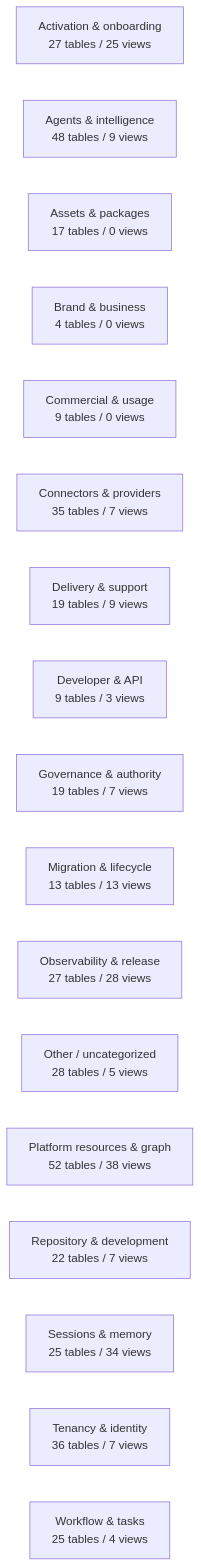
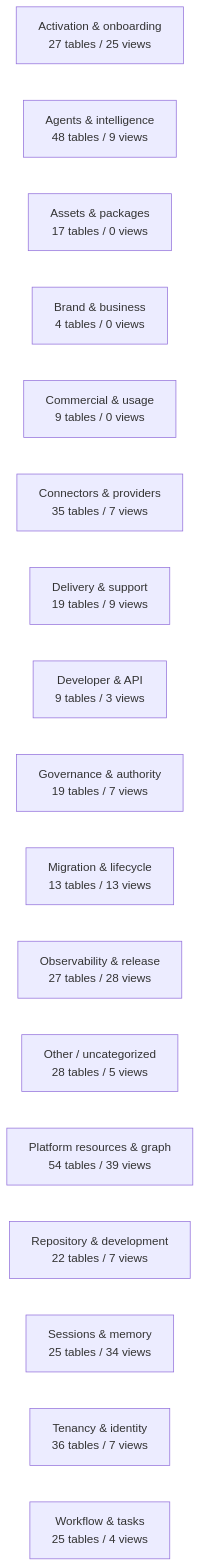
The diagram in docs/work-maps/data-model-domain-map.md (mad4bdigital-ai/multi-business-multi-role-growth-intelligence-os), drawn with Mermaid before and after one commit. The commit also changed other lines of this file and 4 other files, not shown here.

````diff
--- a/docs/work-maps/data-model-domain-map.md
+++ b/docs/work-maps/data-model-domain-map.md
@@ -9,20 +9,20 @@
 ```mermaid
 flowchart LR
   n_Activation___onboarding["Activation & onboarding<br/>27 tables / 25 views"]
   n_Agents___intelligence["Agents & intelligence<br/>48 tables / 9 views"]
   n_Assets___packages["Assets & packages<br/>17 tables / 0 views"]
   n_Brand___business["Brand & business<br/>4 tables / 0 views"]
   n_Commercial___usage["Commercial & usage<br/>9 tables / 0 views"]
   n_Connectors___providers["Connectors & providers<br/>35 tables / 7 views"]
   n_Delivery___support["Delivery & support<br/>19 tables / 9 views"]
   n_Developer___API["Developer & API<br/>9 tables / 3 views"]
   n_Governance___authority["Governance & authority<br/>19 tables / 7 views"]
   n_Migration___lifecycle["Migration & lifecycle<br/>13 tables / 13 views"]
   n_Observability___release["Observability & release<br/>27 tables / 28 views"]
   n_Other___uncategorized["Other / uncategorized<br/>28 tables / 5 views"]
-  n_Platform_resources___graph["Platform resources & graph<br/>52 tables / 38 views"]
+  n_Platform_resources___graph["Platform resources & graph<br/>54 tables / 39 views"]
   n_Repository___development["Repository & development<br/>22 tables / 7 views"]
   n_Sessions___memory["Sessions & memory<br/>25 tables / 34 views"]
   n_Tenancy___identity["Tenancy & identity<br/>36 tables / 7 views"]
   n_Workflow___tasks["Workflow & tasks<br/>25 tables / 4 views"]
 ```
````
